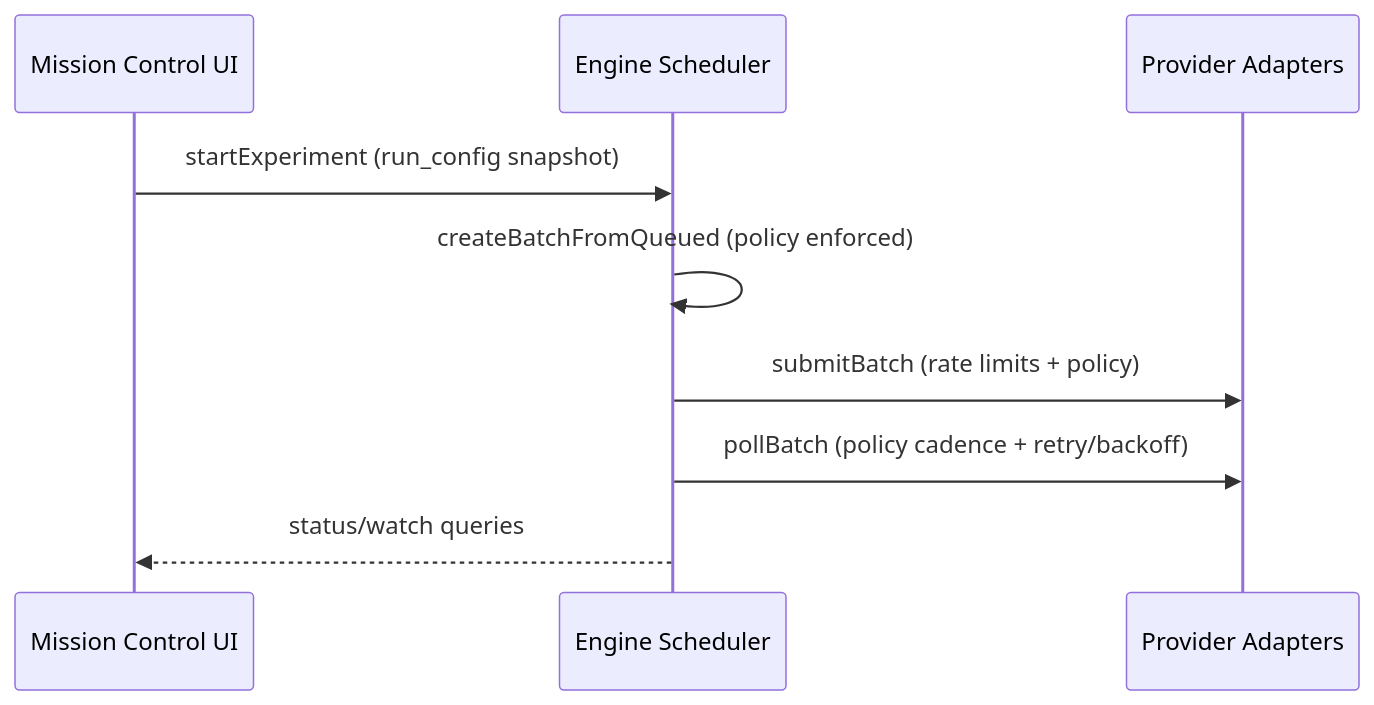
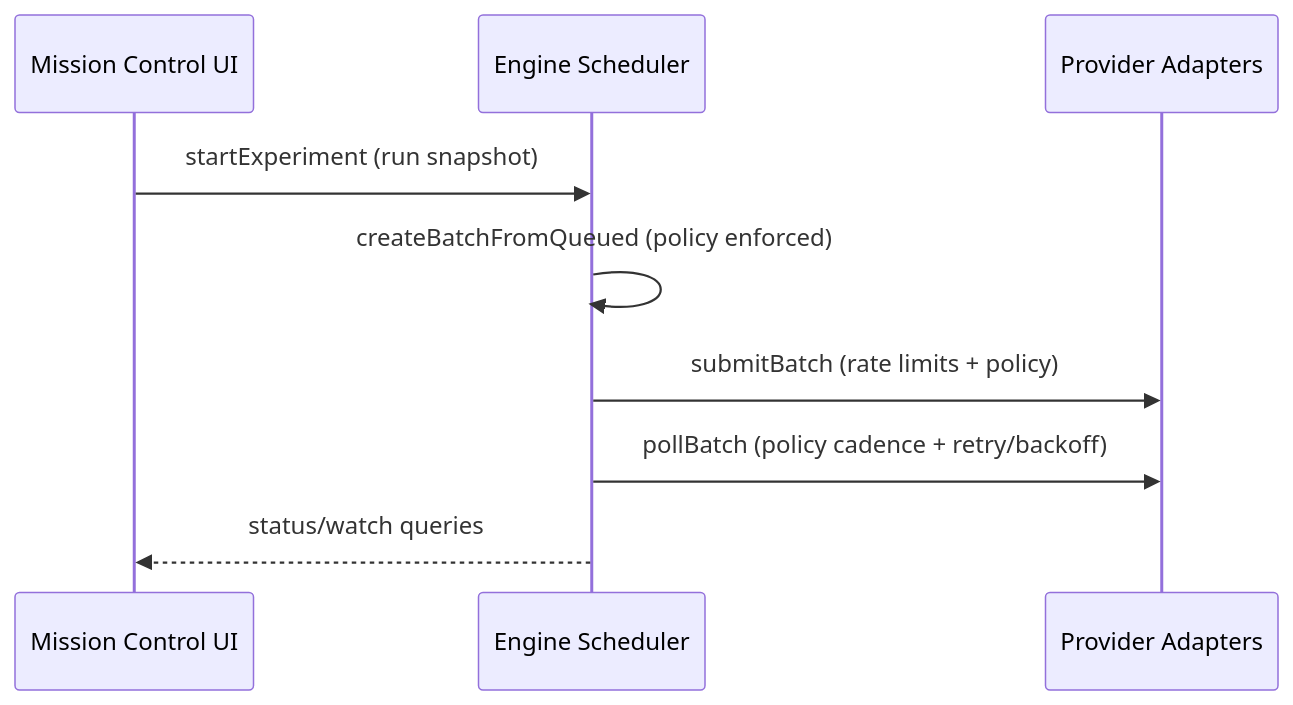
One commit to theonetruejesse/judge-gym changed the third of 3 diagrams in README.md. Above: the diagram before and after it, drawn with Mermaid. The commit also changed other lines of this file and 33 other files, not shown here.

````diff
--- a/README.md
+++ b/README.md
@@ -361,12 +337,12 @@
 ```mermaid
 sequenceDiagram
   participant Client as Mission Control UI
   participant Convex as Engine Scheduler
   participant Providers as Provider Adapters
 
-  Client->>Convex: startExperiment (run_config snapshot)
+  Client->>Convex: startExperiment (run snapshot)
   Convex->>Convex: createBatchFromQueued (policy enforced)
   Convex->>Providers: submitBatch (rate limits + policy)
   Convex->>Providers: pollBatch (policy cadence + retry/backoff)
   Convex-->>Client: status/watch queries
 ```
````
